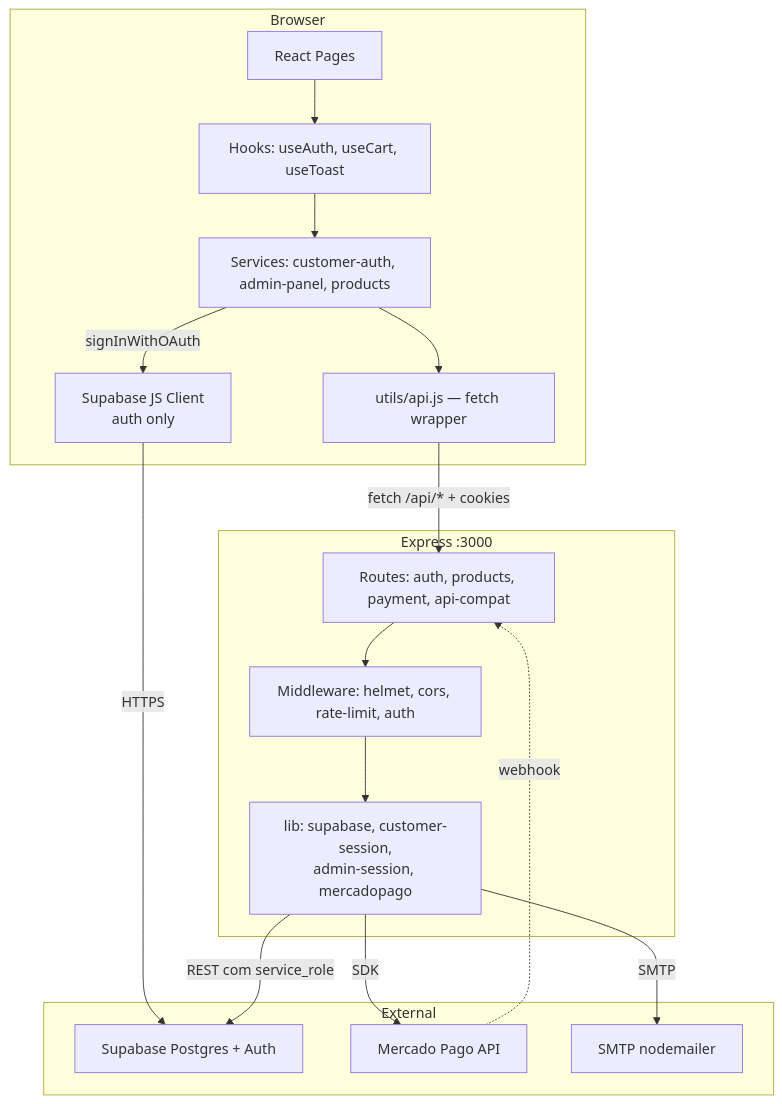
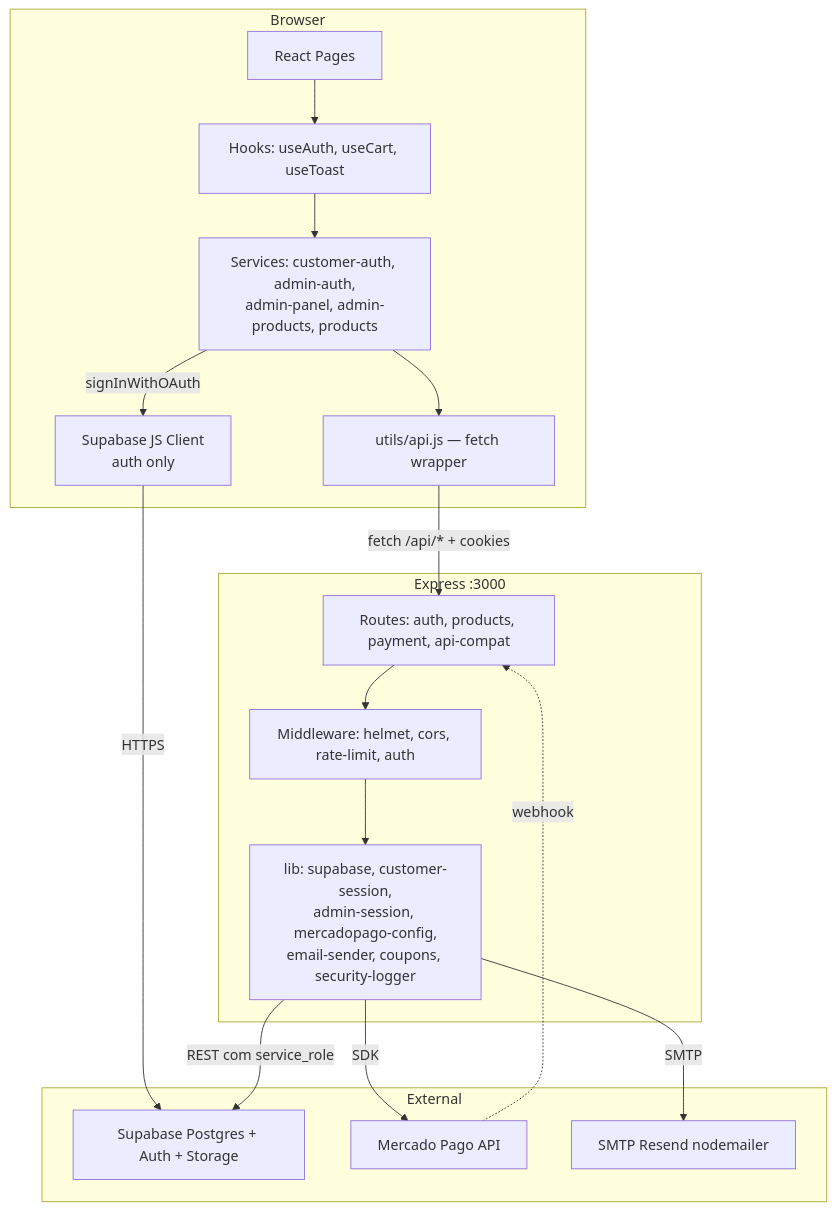
The sixth of 6 diagrams in docs/FLOWS.md (JoaoLuisC/Atelie-escolar), drawn with Mermaid before and after one commit. The commit also changed other lines of this file and 158 other files, not shown here.

````diff
--- a/docs/FLOWS.md
+++ b/docs/FLOWS.md
@@ -192,37 +201,37 @@
 ```mermaid
 graph TB
     subgraph Browser
         A[React Pages]
         B[Hooks: useAuth, useCart, useToast]
-        C[Services: customer-auth, admin-panel, products]
+        C[Services: customer-auth, admin-auth,<br/>admin-panel, admin-products, products]
         D[utils/api.js — fetch wrapper]
         E[Supabase JS Client<br/>auth only]
     end
 
     subgraph Express :3000
         F[Routes: auth, products, payment, api-compat]
         G[Middleware: helmet, cors, rate-limit, auth]
-        H[lib: supabase, customer-session,<br/>admin-session, mercadopago]
+        H[lib: supabase, customer-session,<br/>admin-session, mercadopago-config,<br/>email-sender, coupons, security-logger]
     end
 
     subgraph External
-        I[Supabase Postgres + Auth]
+        I[Supabase Postgres + Auth + Storage]
         J[Mercado Pago API]
-        K[SMTP nodemailer]
+        K[SMTP Resend nodemailer]
     end
 
     A --> B
     B --> C
     C --> D
     D -->|fetch /api/* + cookies| F
     C -->|signInWithOAuth| E
     E -->|HTTPS| I
 
     F --> G
     G --> H
     H -->|REST com service_role| I
     H -->|SDK| J
     H -->|SMTP| K
 
     J -.->|webhook| F
 ```
````
